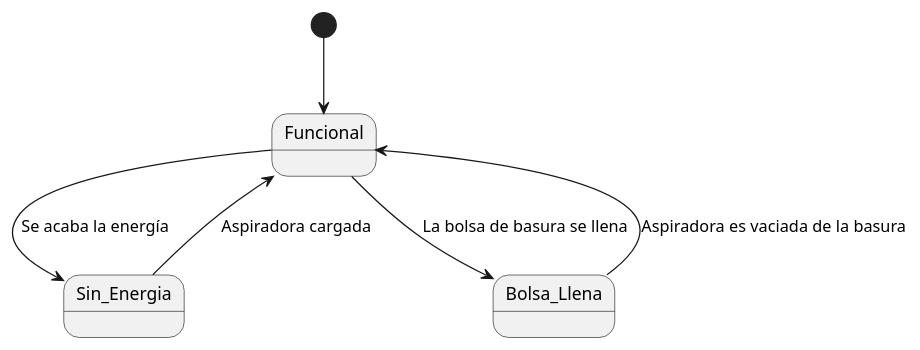
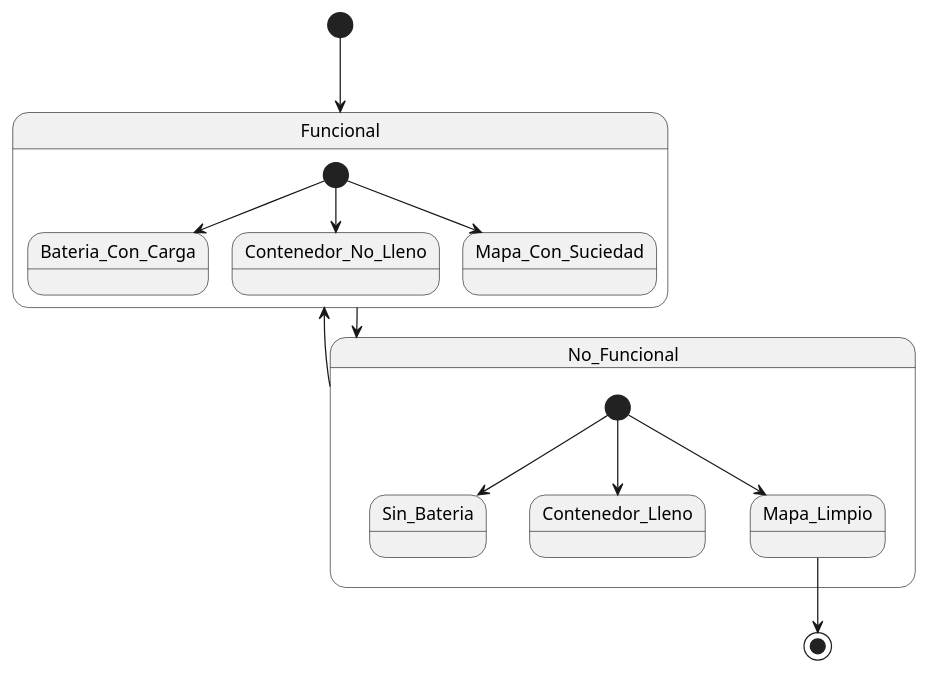
Before and after one commit to mmasias/idsw2: the diagram in docs/DiagramaEstadoAspiradora.plantuml, drawn with PlantUML.

Commit message:
Modificación del diagrama de estado de la aspiradora

```diff
--- a/docs/DiagramaEstadoAspiradora.plantuml
+++ b/docs/DiagramaEstadoAspiradora.plantuml
@@ -1,7 +1,20 @@
 @startuml
 [*] --> Funcional
-Funcional --> Sin_Energia : Se acaba la energía
-Funcional --> Bolsa_Llena : La bolsa de basura se llena
-Sin_Energia --> Funcional : Aspiradora cargada
-Bolsa_Llena --> Funcional : Aspiradora es vaciada de la basura
+Funcional --> No_Funcional
+Funcional <-- No_Funcional
+
+state Funcional {
+    [*] --> Bateria_Con_Carga
+    [*] --> Contenedor_No_Lleno
+    [*] --> Mapa_Con_Suciedad
+}
+
+state No_Funcional {
+    [*] --> Sin_Bateria
+    [*] --> Contenedor_Lleno
+    [*] --> Mapa_Limpio
+}
+
+Mapa_Limpio --> [*]
+
 @enduml
```
